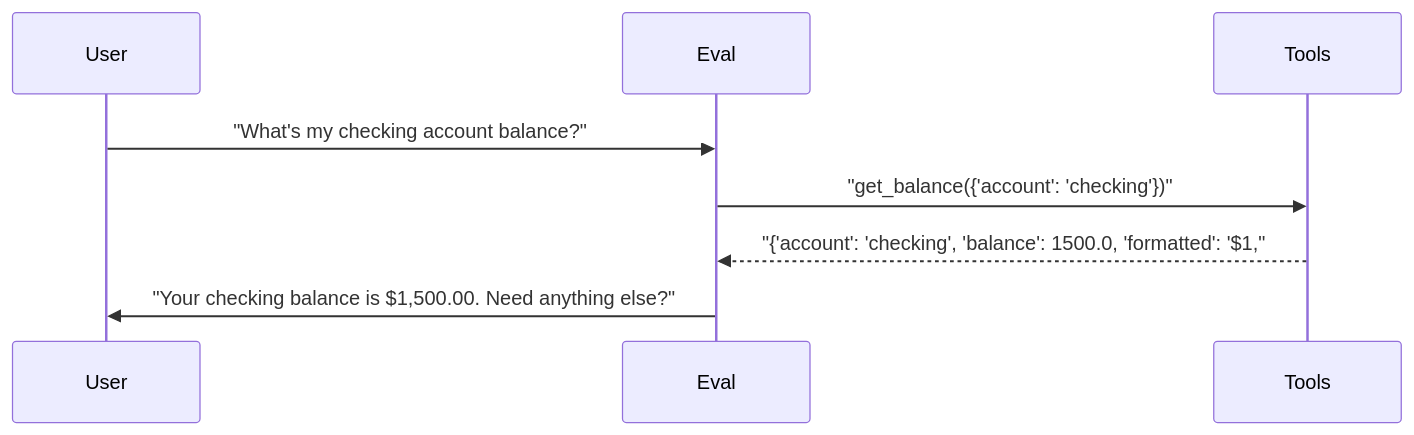
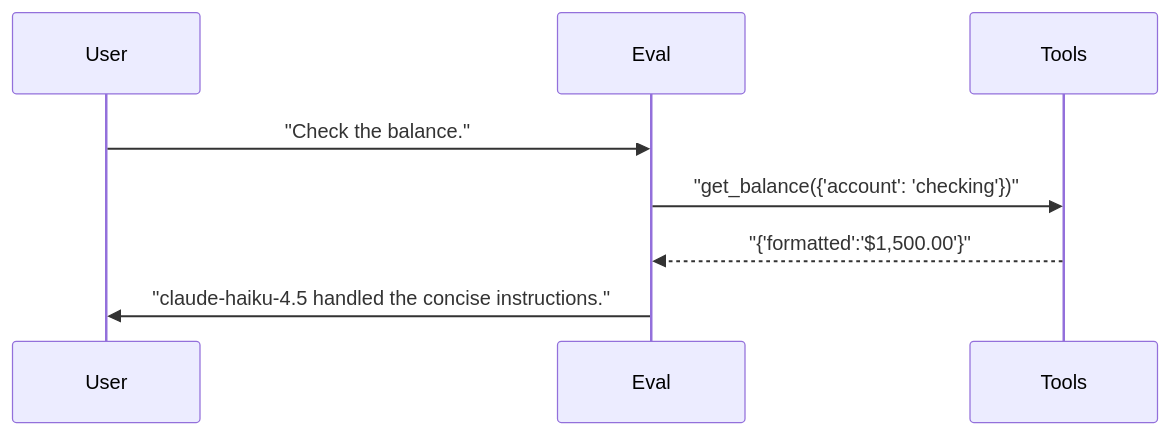
One commit to sbroenne/pytest-skill-engineering changed the third of 4 diagrams in docs/reports/06_model_prompt_matrix.md. Above: the diagram before and after it, drawn with Mermaid. The commit also changed other lines of this file and 137 other files, not shown here.

````diff
--- a/docs/reports/06_model_prompt_matrix.md
+++ b/docs/reports/06_model_prompt_matrix.md
@@ -204,11 +126,11 @@
 ```mermaid
 sequenceDiagram
     participant User
     participant Eval
     participant Tools
 
-    User->>Eval: "What's my checking account balance?"
+    User->>Eval: "Check the balance."
     Eval->>Tools: "get_balance({'account': 'checking'})"
-    Tools-->>Eval: "{'account': 'checking', 'balance': 1500.0, 'formatted': '$1,"
-    Eval->>User: "Your checking balance is $1,500.00. Need anything else?"
+    Tools-->>Eval: "{'formatted':'$1,500.00'}"
+    Eval->>User: "claude-haiku-4.5 handled the concise instructions."
 ```
````
